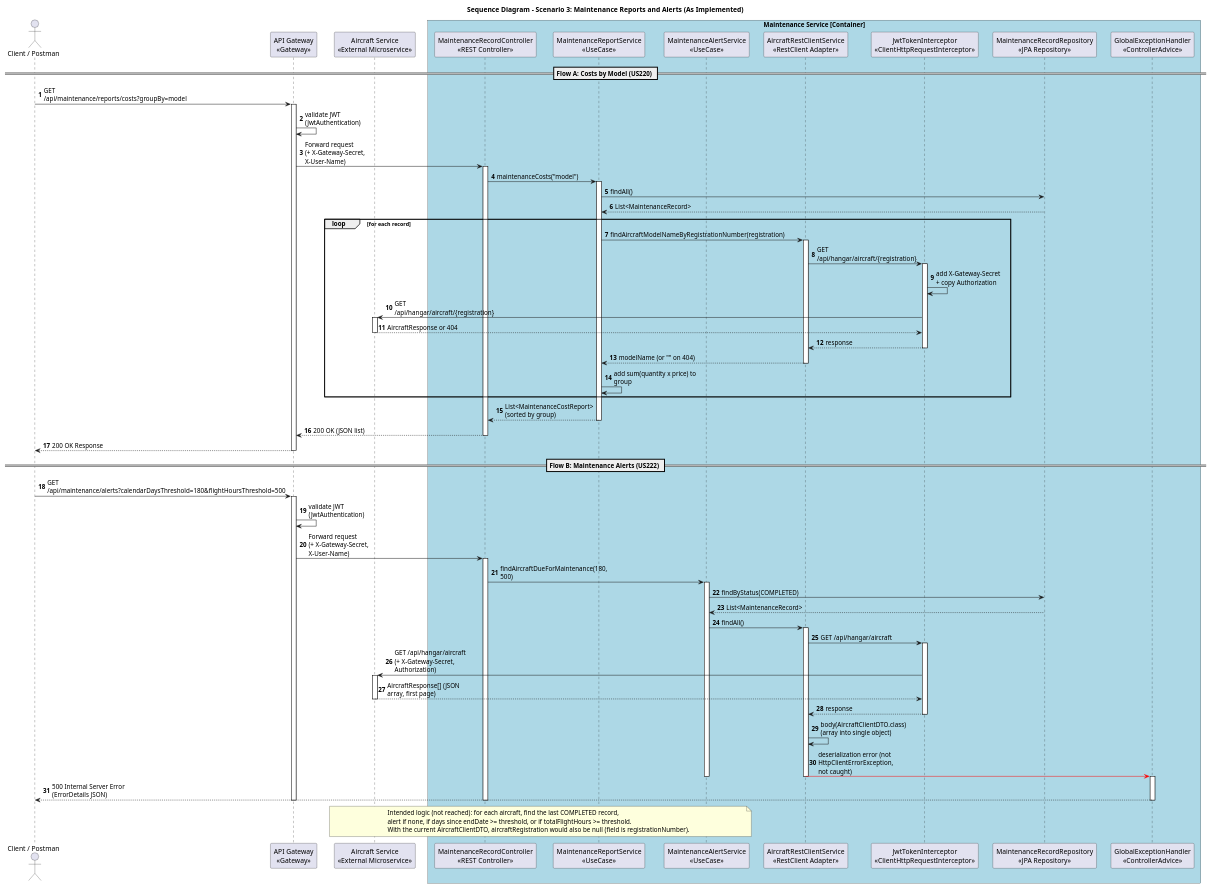
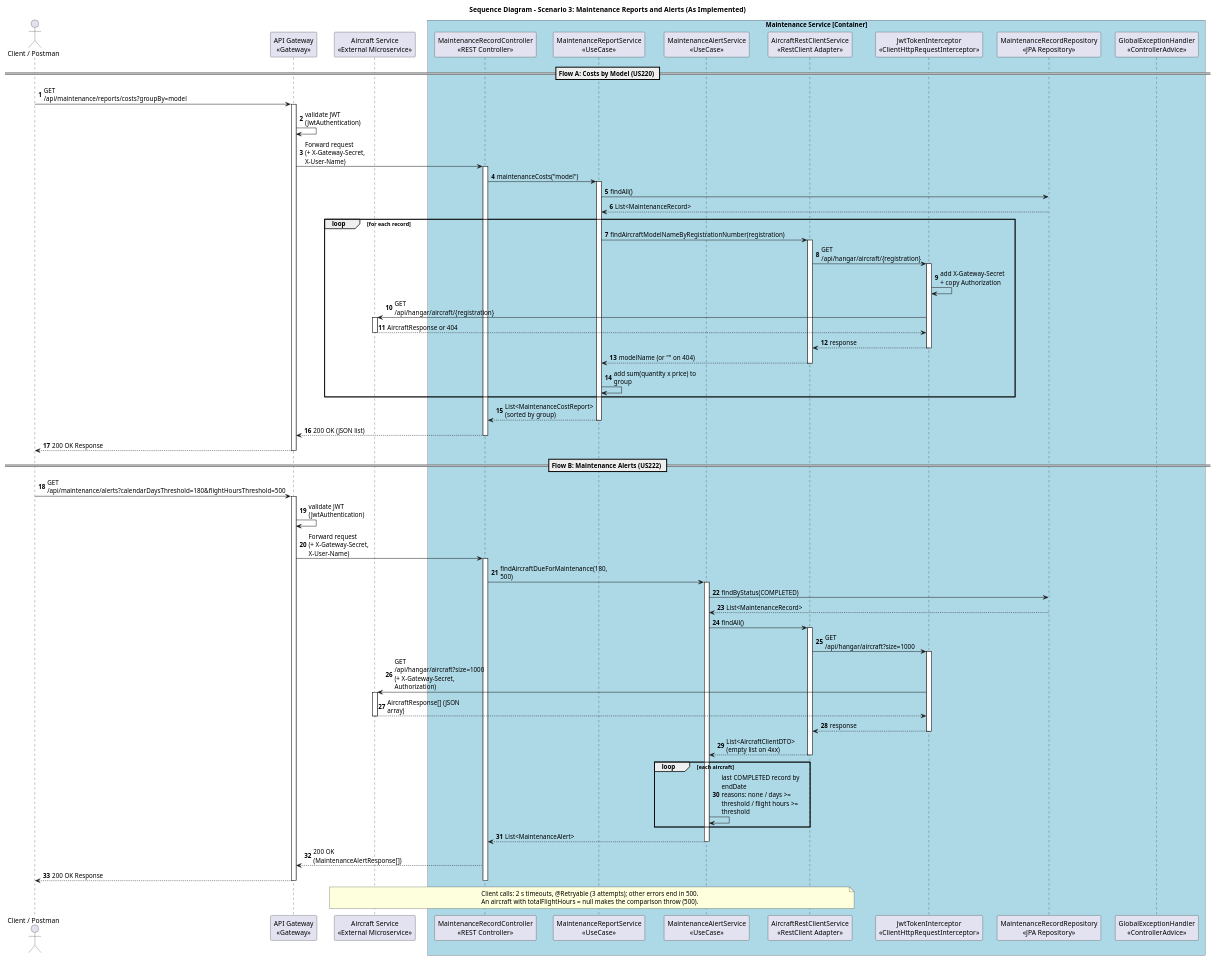
One commit to 8126Lucas/SIDIS_G6_3DA changed the diagram in maintenance-service/docs/sequence-diagrams/scenario-3-maintenance-reports.puml. Above: the diagram before and after it, drawn with PlantUML. The commit also changed 52 other files, not shown here.

First line of the commit message:
Enhance API Specification and Architecture Documentation

```diff
--- a/maintenance-service/docs/sequence-diagrams/scenario-3-maintenance-reports.puml
+++ b/maintenance-service/docs/sequence-diagrams/scenario-3-maintenance-reports.puml
@@ -1,105 +1,108 @@
 @startuml
 skinparam responseMessageBelowArrow true
 skinparam maxMessageSize 180
 skinparam boxPadding 10
 skinparam participantPadding 10
 skinparam shadowing false
 
 title Sequence Diagram - Scenario 3: Maintenance Reports and Alerts (As Implemented)
 
 autonumber
 
 actor "Client / Postman" as client
 participant "API Gateway\n<<Gateway>>" as gateway
 participant "MaintenanceRecordController\n<<REST Controller>>" as controller
 participant "MaintenanceReportService\n<<UseCase>>" as report_svc
 participant "MaintenanceAlertService\n<<UseCase>>" as alert_svc
 participant "AircraftRestClientService\n<<RestClient Adapter>>" as aircraft_client
 participant "JwtTokenInterceptor\n<<ClientHttpRequestInterceptor>>" as interceptor
 participant "MaintenanceRecordRepository\n<<JPA Repository>>" as record_repo
 participant "GlobalExceptionHandler\n<<ControllerAdvice>>" as exception_handler
 participant "Aircraft Service\n<<External Microservice>>" as aircraft_api
 
 box "Maintenance Service [Container]" #LightBlue
     participant controller
     participant report_svc
     participant alert_svc
     participant aircraft_client
     participant interceptor
     participant record_repo
     participant exception_handler
 end box
 
 == Flow A: Costs by Model (US220) ==
 
 client -> gateway : GET /api/maintenance/reports/costs?groupBy=model
 activate gateway
 gateway -> gateway : validate JWT (JwtAuthentication)
 gateway -> controller : Forward request\n(+ X-Gateway-Secret, X-User-Name)
 activate controller
 
 controller -> report_svc : maintenanceCosts("model")
 activate report_svc
 report_svc -> record_repo : findAll()
 record_repo --> report_svc : List<MaintenanceRecord>
 
 loop for each record
     report_svc -> aircraft_client : findAircraftModelNameByRegistrationNumber(registration)
     activate aircraft_client
     aircraft_client -> interceptor : GET /api/hangar/aircraft/{registration}
     activate interceptor
     interceptor -> interceptor : add X-Gateway-Secret\n+ copy Authorization
     interceptor -> aircraft_api : GET /api/hangar/aircraft/{registration}
     activate aircraft_api
     aircraft_api --> interceptor : AircraftResponse or 404
     deactivate aircraft_api
     interceptor --> aircraft_client : response
     deactivate interceptor
     aircraft_client --> report_svc : modelName (or "" on 404)
     deactivate aircraft_client
     report_svc -> report_svc : add sum(quantity x price) to group
 end
 
 report_svc --> controller : List<MaintenanceCostReport> (sorted by group)
 deactivate report_svc
 controller --> gateway : 200 OK (JSON list)
 deactivate controller
 gateway --> client : 200 OK Response
 deactivate gateway
 
 == Flow B: Maintenance Alerts (US222) ==
 
 client -> gateway : GET /api/maintenance/alerts?calendarDaysThreshold=180&flightHoursThreshold=500
 activate gateway
 gateway -> gateway : validate JWT (JwtAuthentication)
 gateway -> controller : Forward request\n(+ X-Gateway-Secret, X-User-Name)
 activate controller
 
 controller -> alert_svc : findAircraftDueForMaintenance(180, 500)
 activate alert_svc
 alert_svc -> record_repo : findByStatus(COMPLETED)
 record_repo --> alert_svc : List<MaintenanceRecord>
 
 alert_svc -> aircraft_client : findAll()
 activate aircraft_client
-aircraft_client -> interceptor : GET /api/hangar/aircraft
+aircraft_client -> interceptor : GET /api/hangar/aircraft?size=1000
 activate interceptor
-interceptor -> aircraft_api : GET /api/hangar/aircraft\n(+ X-Gateway-Secret, Authorization)
+interceptor -> aircraft_api : GET /api/hangar/aircraft?size=1000\n(+ X-Gateway-Secret, Authorization)
 activate aircraft_api
-aircraft_api --> interceptor : AircraftResponse[] (JSON array, first page)
+aircraft_api --> interceptor : AircraftResponse[] (JSON array)
 deactivate aircraft_api
 interceptor --> aircraft_client : response
 deactivate interceptor
-aircraft_client -> aircraft_client : body(AircraftClientDTO.class)\n(array into single object)
-aircraft_client -[#red]> exception_handler : deserialization error (not HttpClientErrorException, not caught)
+aircraft_client --> alert_svc : List<AircraftClientDTO>\n(empty list on 4xx)
 deactivate aircraft_client
+
+loop each aircraft
+    alert_svc -> alert_svc : last COMPLETED record by endDate\nreasons: none / days >= threshold / flight hours >= threshold
+end
+alert_svc --> controller : List<MaintenanceAlert>
 deactivate alert_svc
-activate exception_handler
-exception_handler --> client : 500 Internal Server Error (ErrorDetails JSON)
-deactivate exception_handler
+controller --> gateway : 200 OK (MaintenanceAlertResponse[])
+gateway --> client : 200 OK Response
 deactivate controller
 deactivate gateway
 
-note over alert_svc, aircraft_api : Intended logic (not reached): for each aircraft, find the last COMPLETED record,\nalert if none, if days since endDate >= threshold, or if totalFlightHours >= threshold.\nWith the current AircraftClientDTO, aircraftRegistration would also be null (field is registrationNumber).
+note over aircraft_client, aircraft_api : Client calls: 2 s timeouts, @Retryable (3 attempts); other errors end in 500.\nAn aircraft with totalFlightHours = null makes the comparison throw (500).
 
 @enduml
```
